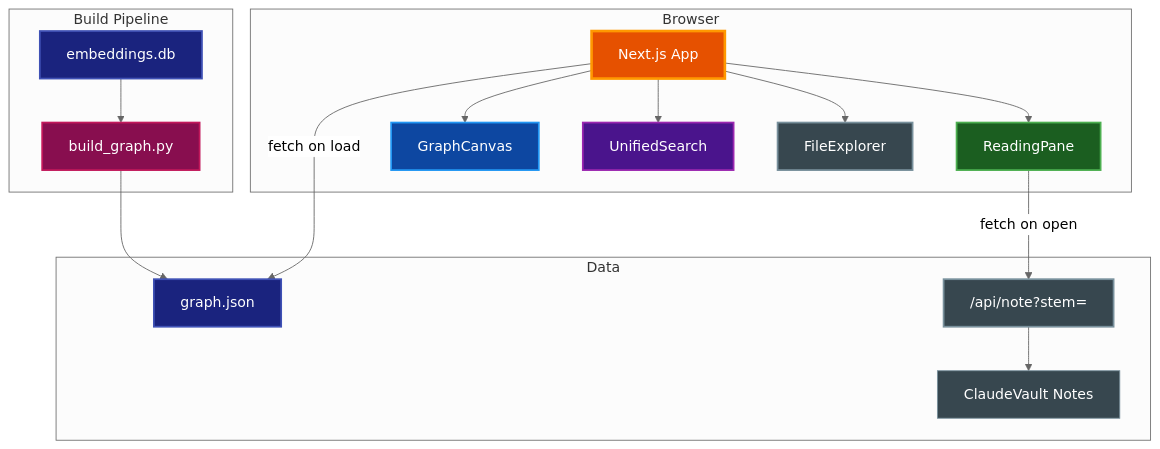
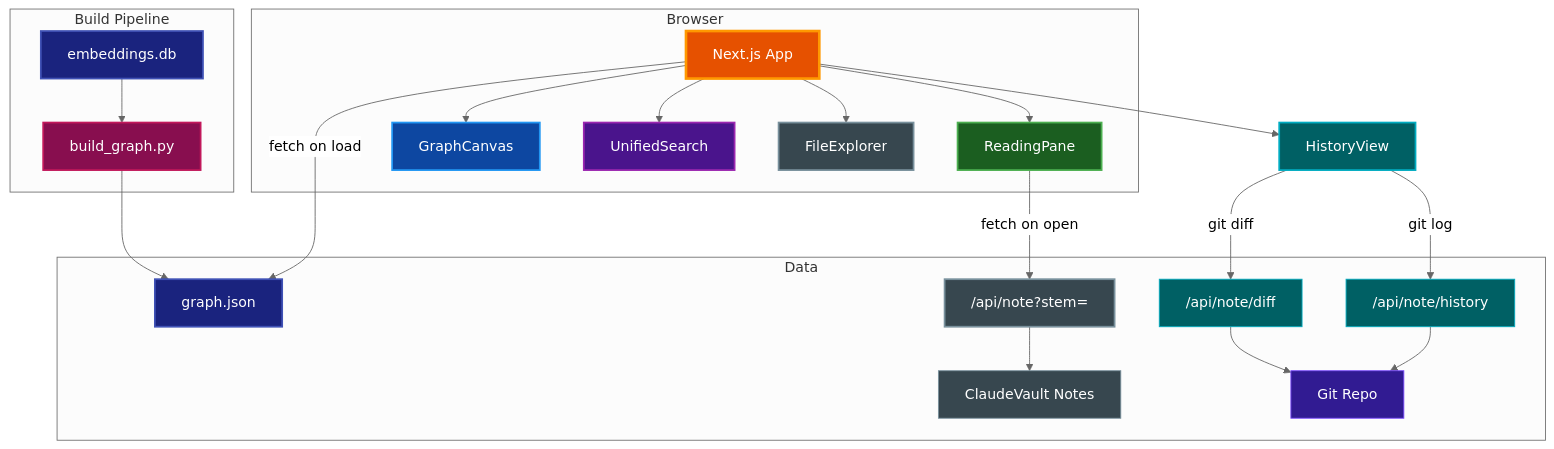
The first of 4 diagrams in docs/VISUALIZER.md (paulrobello/parsidion-cc), drawn with Mermaid (neutral theme) before and after one commit. The commit also changed other lines of this file, not shown here.

Commit message:
docs: update VISUALIZER.md with git diff viewer feature

````diff
--- a/docs/VISUALIZER.md
+++ b/docs/VISUALIZER.md
@@ -44,44 +46,56 @@
 ```mermaid
 graph TB
     subgraph "Browser"
         App[Next.js App]
         Read[ReadingPane]
         Graph[GraphCanvas]
         Search[UnifiedSearch]
         Sidebar[FileExplorer]
     end
 
     subgraph "Data"
         GJ[graph.json]
         API["/api/note?stem="]
+        HistAPI["/api/note/history"]
+        DiffAPI["/api/note/diff"]
         Vault[ClaudeVault Notes]
+        Git[Git Repo]
     end
 
     subgraph "Build Pipeline"
         Emb[embeddings.db]
         Builder[build_graph.py]
     end
 
     App --> Read
     App --> Graph
     App --> Search
     App --> Sidebar
+    App --> History[HistoryView]
 
     App -->|fetch on load| GJ
     Read -->|fetch on open| API
     API --> Vault
+    HistAPI --> Git
+    DiffAPI --> Git
+    History -->|git log| HistAPI
+    History -->|git diff| DiffAPI
 
     Emb --> Builder
     Builder --> GJ
 
     style App fill:#e65100,stroke:#ff9800,stroke-width:3px,color:#ffffff
     style Graph fill:#0d47a1,stroke:#2196f3,stroke-width:2px,color:#ffffff
     style Read fill:#1b5e20,stroke:#4caf50,stroke-width:2px,color:#ffffff
     style Search fill:#4a148c,stroke:#9c27b0,stroke-width:2px,color:#ffffff
     style Sidebar fill:#37474f,stroke:#78909c,stroke-width:2px,color:#ffffff
+    style History fill:#006064,stroke:#00acc1,stroke-width:2px,color:#ffffff
     style GJ fill:#1a237e,stroke:#3f51b5,stroke-width:2px,color:#ffffff
     style API fill:#37474f,stroke:#78909c,stroke-width:2px,color:#ffffff
+    style HistAPI fill:#006064,stroke:#00acc1,stroke-width:1px,color:#ffffff
+    style DiffAPI fill:#006064,stroke:#00acc1,stroke-width:1px,color:#ffffff
     style Vault fill:#37474f,stroke:#78909c,stroke-width:1px,color:#ffffff
+    style Git fill:#311b92,stroke:#7c4dff,stroke-width:1px,color:#ffffff
     style Emb fill:#1a237e,stroke:#3f51b5,stroke-width:2px,color:#ffffff
     style Builder fill:#880e4f,stroke:#c2185b,stroke-width:2px,color:#ffffff
 ```
````
